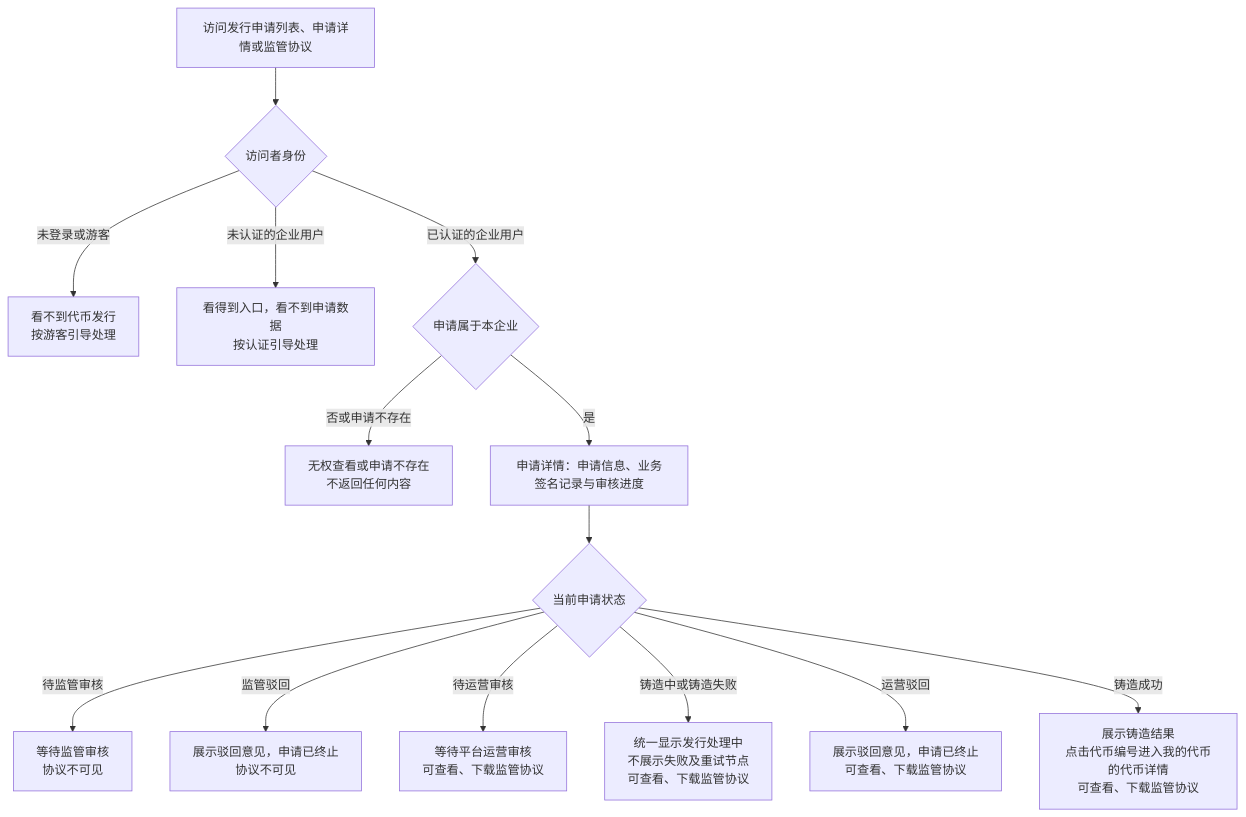
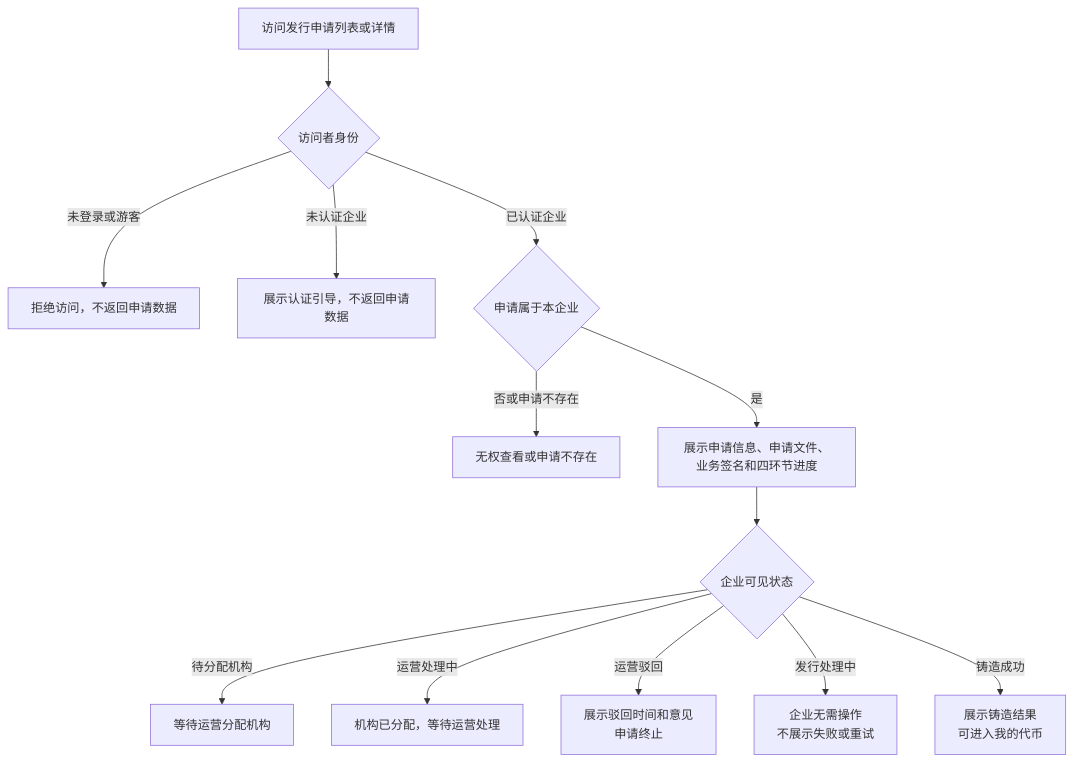
The third of 3 diagrams in token-issuance-platform/PRD/面客端/M3a-代币发行-企业申请/02-代币发行-企业申请-流程图与状态机.md (wxblockchain/Chain-Financing), drawn with Mermaid before and after one commit. The commit also changed other lines of this file and 4 other files, not shown here.

````diff
--- a/token-issuance-platform/PRD/面客端/M3a-代币发行-企业申请/02-代币发行-企业申请-流程图与状态机.md
+++ b/token-issuance-platform/PRD/面客端/M3a-代币发行-企业申请/02-代币发行-企业申请-流程图与状态机.md
@@ -81,16 +67,15 @@
 ```mermaid
 flowchart TD
-    A[访问发行申请列表、申请详情或监管协议] --> B{访问者身份}
-    B -->|未登录或游客| B1[看不到代币发行<br/>按游客引导处理]
-    B -->|未认证的企业用户| B2[看得到入口，看不到申请数据<br/>按认证引导处理]
-    B -->|已认证的企业用户| C{申请属于本企业}
-    C -->|否或申请不存在| N[无权查看或申请不存在<br/>不返回任何内容]
-    C -->|是| D[申请详情：申请信息、业务签名记录与审核进度]
-    D --> E{当前申请状态}
-    E -->|待监管审核| E1[等待监管审核<br/>协议不可见]
-    E -->|监管驳回| E2[展示驳回意见，申请已终止<br/>协议不可见]
-    E -->|待运营审核| E3[等待平台运营审核<br/>可查看、下载监管协议]
-    E -->|铸造中或铸造失败| E6[统一显示发行处理中<br/>不展示失败及重试节点<br/>可查看、下载监管协议]
-    E -->|运营驳回| E4[展示驳回意见，申请已终止<br/>可查看、下载监管协议]
-    E -->|铸造成功| E5[展示铸造结果<br/>点击代币编号进入我的代币的代币详情<br/>可查看、下载监管协议]
+    A[访问发行申请列表或详情] --> B{访问者身份}
+    B -->|未登录或游客| B1[拒绝访问，不返回申请数据]
+    B -->|未认证企业| B2[展示认证引导，不返回申请数据]
+    B -->|已认证企业| C{申请属于本企业}
+    C -->|否或申请不存在| C1[无权查看或申请不存在]
+    C -->|是| D[展示申请信息、申请文件、业务签名和四环节进度]
+    D --> E{企业可见状态}
+    E -->|待分配机构| E1[等待运营分配机构]
+    E -->|运营处理中| E2[机构已分配，等待运营处理]
+    E -->|运营驳回| E3[展示驳回时间和意见<br/>申请终止]
+    E -->|发行处理中| E4[企业无需操作<br/>不展示失败或重试]
+    E -->|铸造成功| E5[展示铸造结果<br/>可进入我的代币]
 ```
````
